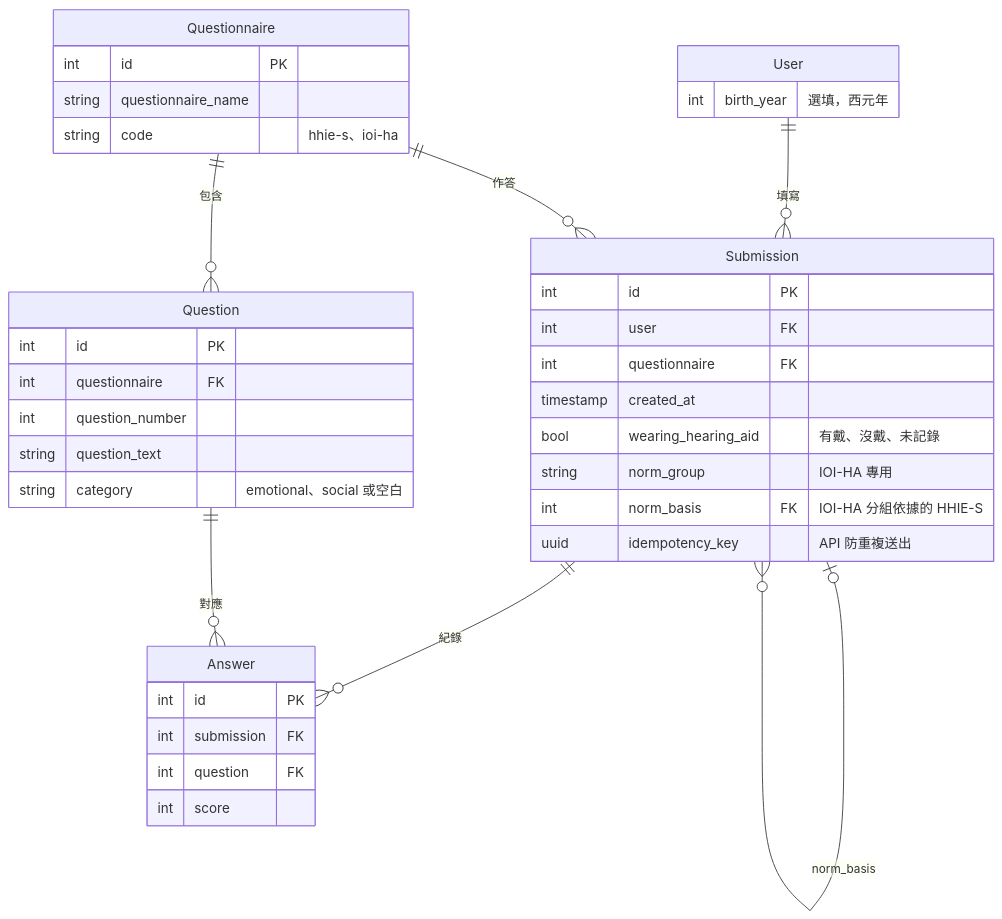
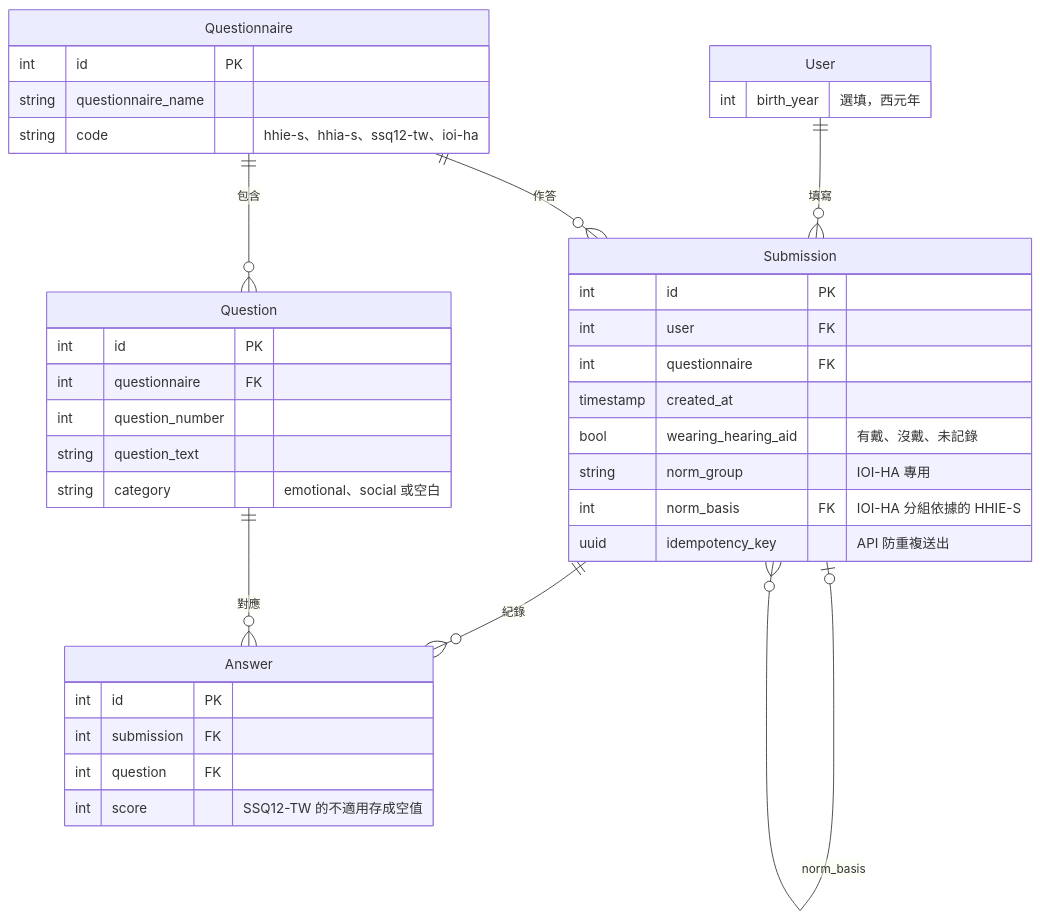
Before and after one commit to minuet878-prog/HearWell: the diagram in README.md, drawn with Mermaid. The commit also changed other lines of this file and 1 other file, not shown here.

First line of the commit message:
docs: trim roadmap to current status and refresh README

````diff
--- a/README.md
+++ b/README.md
@@ -47,45 +55,45 @@
 ```mermaid
 erDiagram
 User {
     int birth_year "選填，西元年"
 }
 
 Questionnaire {
     int id PK
     string questionnaire_name
-    string code "hhie-s、ioi-ha"
+    string code "hhie-s、hhia-s、ssq12-tw、ioi-ha"
 }
 
 Question {
     int id PK
     int questionnaire FK
     int question_number
     string question_text
     string category "emotional、social 或空白"
 }
 
 Submission {
     int id PK
     int user FK
     int questionnaire FK
     timestamp created_at
     bool wearing_hearing_aid "有戴、沒戴、未記錄"
     string norm_group "IOI-HA 專用"
     int norm_basis FK "IOI-HA 分組依據的 HHIE-S"
     uuid idempotency_key "API 防重複送出"
 }
 
 Answer {
     int id PK
     int submission FK
     int question FK
-    int score
+    int score "SSQ12-TW 的不適用存成空值"
 }
 
 User ||--o{ Submission : "填寫"
 Questionnaire ||--o{ Question : "包含"
 Questionnaire ||--o{ Submission : "作答"
 Submission ||--o{ Answer : "紀錄"
 Question ||--o{ Answer : "對應"
 Submission |o--o{ Submission : "norm_basis"
 ```
````
